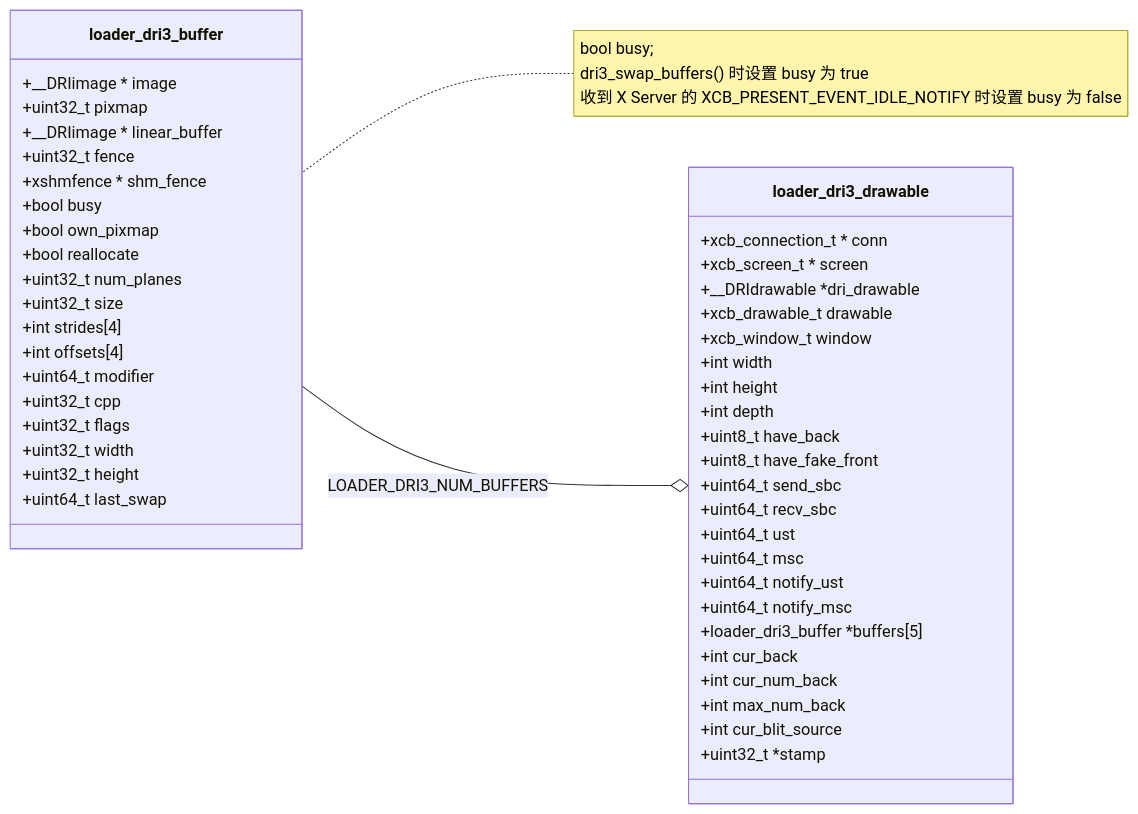
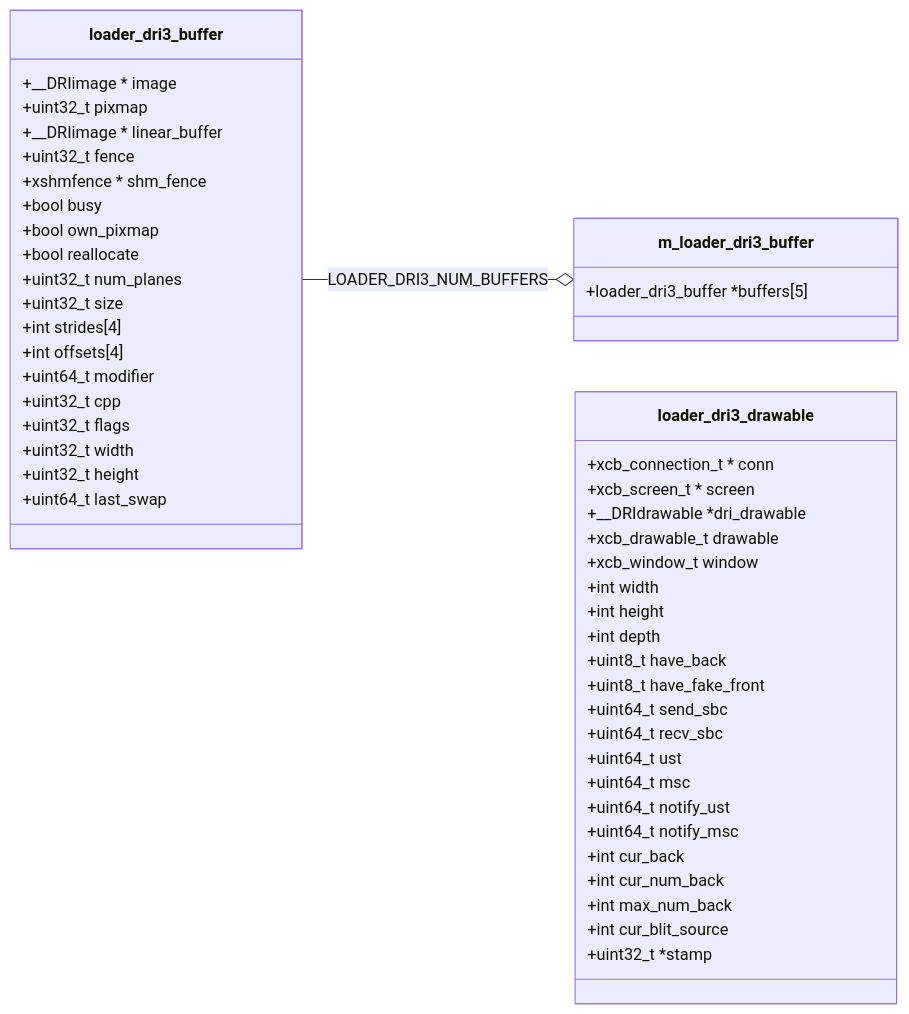
One commit to lucmann/lucmann.github.io changed the first of 6 diagrams in source/_posts/gfx/mesa-dri3.md. Above: the diagram before and after it, drawn with Mermaid.

Commit message:
gfx: loader_dri3_drawable

````diff
--- a/source/_posts/gfx/mesa-dri3.md
+++ b/source/_posts/gfx/mesa-dri3.md
@@ -28,50 +28,51 @@
 ```mermaid
 classDiagram
     direction RL
-    loader_dri3_drawable o-- loader_dri3_buffer : LOADER_DRI3_NUM_BUFFERS
-    class loader_dri3_drawable{
+    m_loader_dri3_buffer o-- loader_dri3_buffer : LOADER_DRI3_NUM_BUFFERS
+    class loader_dri3_drawable {
         +xcb_connection_t * conn
         +xcb_screen_t * screen
         +__DRIdrawable *dri_drawable
         +xcb_drawable_t drawable
         +xcb_window_t window
         +int width
         +int height
         +int depth
         +uint8_t have_back
         +uint8_t have_fake_front
         +uint64_t send_sbc
         +uint64_t recv_sbc
         +uint64_t ust
         +uint64_t msc
         +uint64_t notify_ust
         +uint64_t notify_msc
-        +loader_dri3_buffer *buffers[5]
         +int cur_back
         +int cur_num_back
         +int max_num_back
         +int cur_blit_source
         +uint32_t *stamp
     }
-    note for loader_dri3_buffer "bool busy;<br>dri3_swap_buffers() 时设置 busy 为 true<br>收到 X Server 的 XCB_PRESENT_EVENT_IDLE_NOTIFY 时设置 busy 为 false"
+    class m_loader_dri3_buffer {
+        +loader_dri3_buffer *buffers[5]
+    }
     class loader_dri3_buffer{
         +__DRIimage * image
         +uint32_t pixmap
         +__DRIimage * linear_buffer
         +uint32_t fence
         +xshmfence * shm_fence
         +bool busy
         +bool own_pixmap
         +bool reallocate
         +uint32_t num_planes
         +uint32_t size
         +int strides[4]
         +int offsets[4]
         +uint64_t modifier
         +uint32_t cpp
         +uint32_t flags
         +uint32_t width
         +uint32_t height
         +uint64_t last_swap
     }
 ```
````
